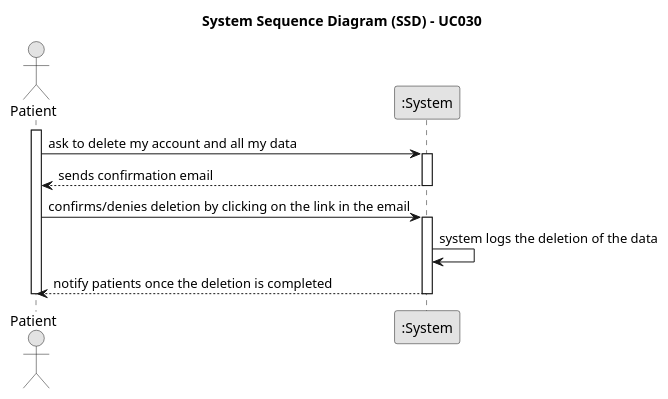
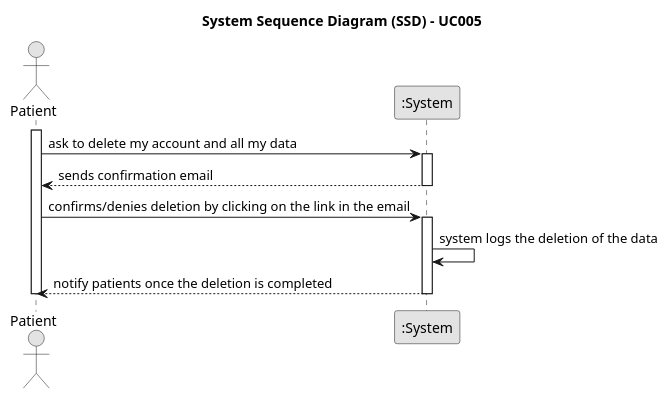
One commit to 1221124/sem5pi-24-25-g031 changed the diagram in docs/SprintA/UseCases/UC005/01.requirements-engineering/puml/uc005-system-sequence-diagram.puml. Above: the diagram before and after it, drawn with PlantUML. The commit also changed 2 other files, not shown here.

Commit message:
#7 UC005 System Sequence Diagram
Started UC008 SSD, updated png file

```diff
--- a/docs/SprintA/UseCases/UC005/01.requirements-engineering/puml/uc005-system-sequence-diagram.puml
+++ b/docs/SprintA/UseCases/UC005/01.requirements-engineering/puml/uc005-system-sequence-diagram.puml
@@ -1,28 +1,28 @@
 @startuml
 skinparam monochrome true
 skinparam packageStyle rectangle
 skinparam shadowing false
 
-title System Sequence Diagram (SSD) - UC030
+title System Sequence Diagram (SSD) - UC005
 actor Patient as P
 participant ":System" as System
 
 activate P
 
         P -> System: ask to delete my account and all my data
     activate System
 
         System --> P: sends confirmation email
     deactivate System
 
     P -> System : confirms/denies deletion by clicking on the link in the email
     activate System
 
         System -> System: system logs the deletion of the data
 
         System --> P: notify patients once the deletion is completed
     deactivate System
 
 deactivate P
 
 @enduml
```
